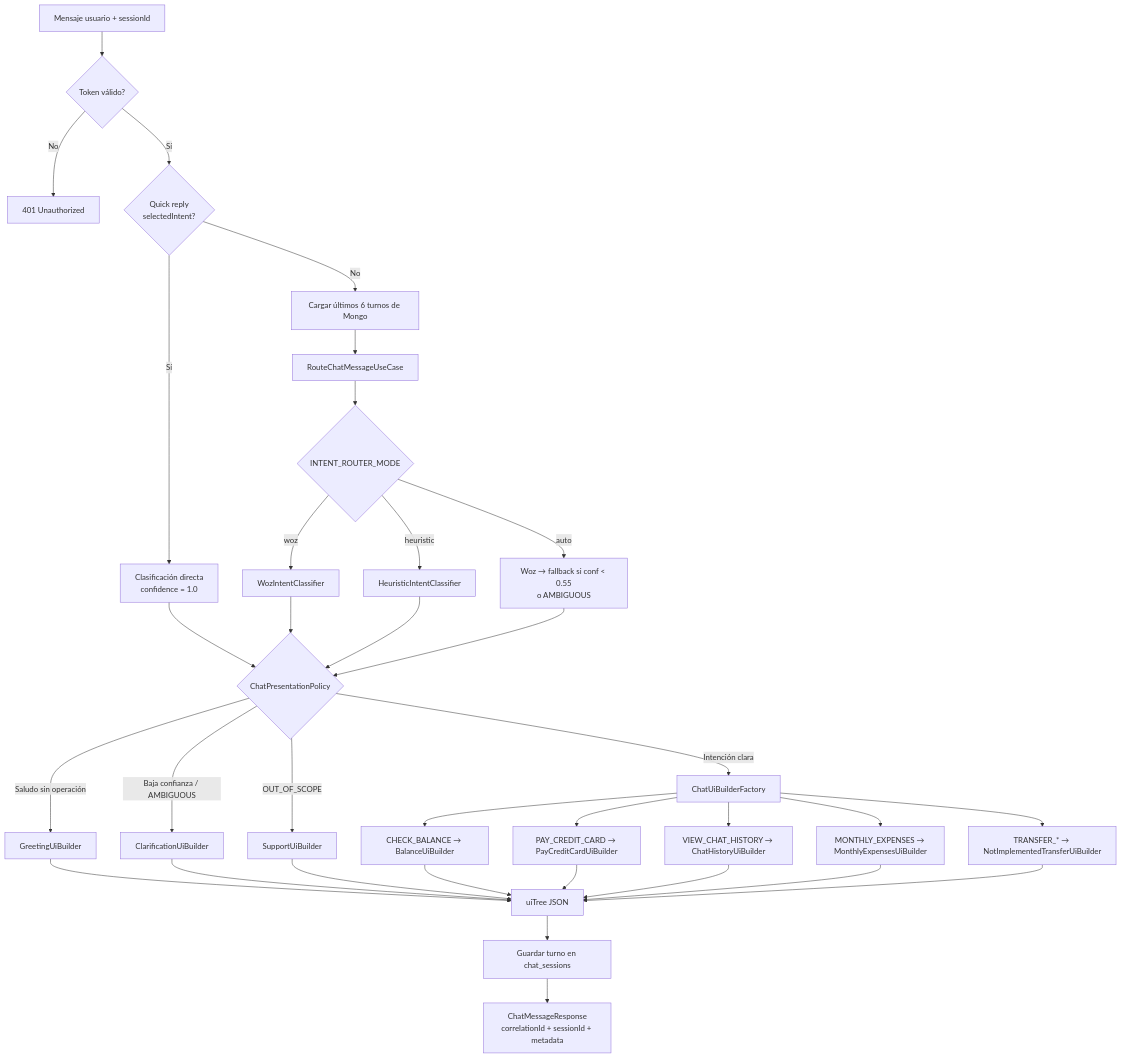
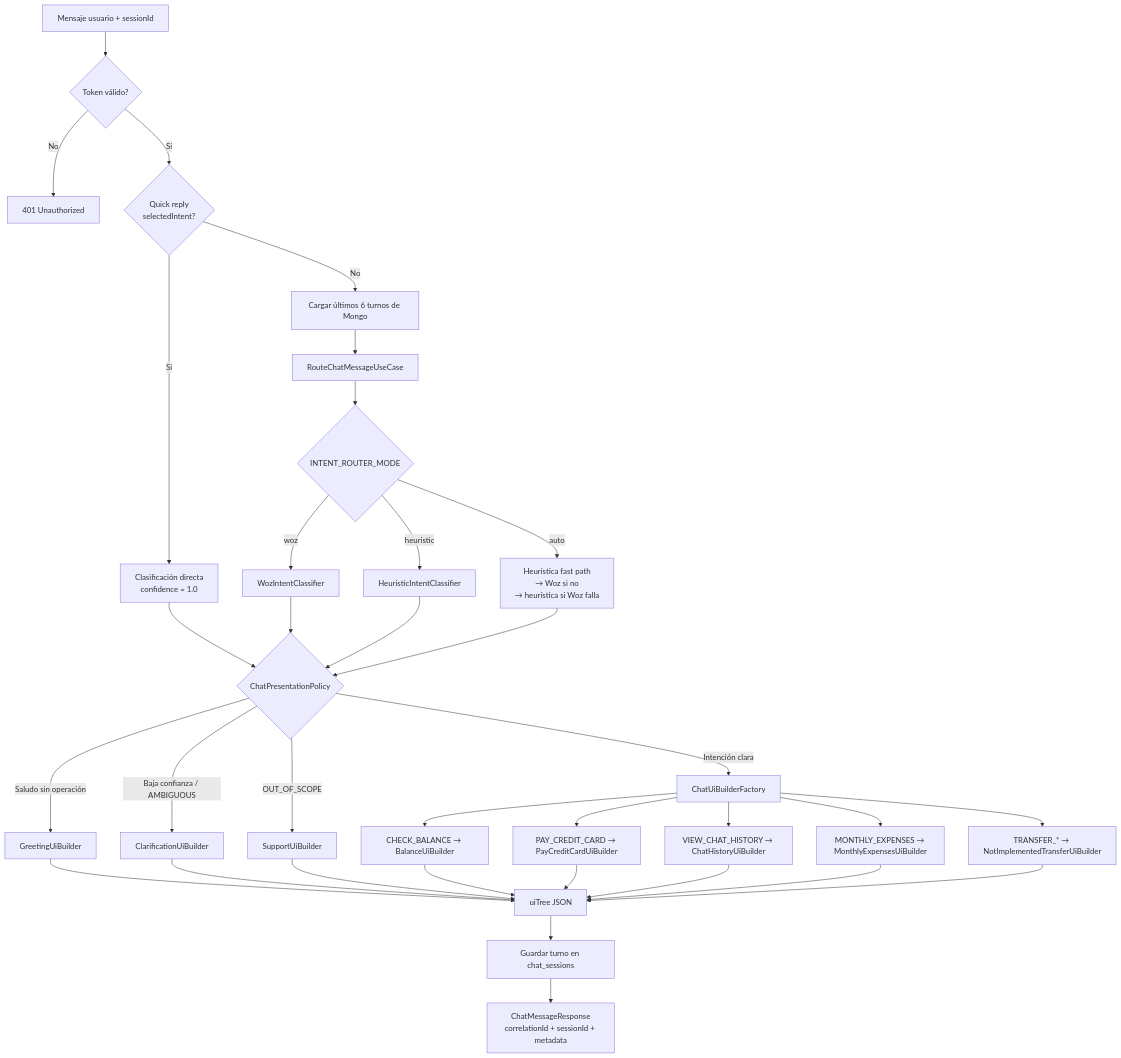
Before and after one commit to RicardoBravoA/chat-ia: the fifth of 6 diagrams in docs/guia-arquitectura-proyecto-y-chat-ia.md, drawn with Mermaid. The commit also changed other lines of this file and 16 other files, not shown here.

````diff
--- a/docs/guia-arquitectura-proyecto-y-chat-ia.md
+++ b/docs/guia-arquitectura-proyecto-y-chat-ia.md
@@ -204,43 +204,43 @@
 ```mermaid
 flowchart TD
     START[Mensaje usuario + sessionId] --> AUTH{Token válido?}
     AUTH -->|No| ERR401[401 Unauthorized]
     AUTH -->|Sí| QR{Quick reply<br/>selectedIntent?}
     QR -->|Sí| SKIP[Clasificación directa<br/>confidence = 1.0]
     QR -->|No| HIST[Cargar últimos 6 turnos de Mongo]
     HIST --> CLASS[RouteChatMessageUseCase]
 
     CLASS --> MODE{INTENT_ROUTER_MODE}
     MODE -->|woz| WOZ_ONLY[WozIntentClassifier]
     MODE -->|heuristic| HEU_ONLY[HeuristicIntentClassifier]
-    MODE -->|auto| WOZ_FB[Woz → fallback si conf < 0.55<br/>o AMBIGUOUS]
+    MODE -->|auto| CASCADE[Heurística fast path<br/>→ Woz si no<br/>→ heurística si Woz falla]
 
     SKIP --> POL
     WOZ_ONLY --> POL
     HEU_ONLY --> POL
-    WOZ_FB --> POL
+    CASCADE --> POL
 
     POL{ChatPresentationPolicy}
     POL -->|Saludo sin operación| GREET[GreetingUiBuilder]
     POL -->|Baja confianza / AMBIGUOUS| CLAR[ClarificationUiBuilder]
     POL -->|OUT_OF_SCOPE| SUP[SupportUiBuilder]
     POL -->|Intención clara| FACT[ChatUiBuilderFactory]
 
     FACT --> BAL[CHECK_BALANCE → BalanceUiBuilder]
     FACT --> PAY[PAY_CREDIT_CARD → PayCreditCardUiBuilder]
     FACT --> HIST2[VIEW_CHAT_HISTORY → ChatHistoryUiBuilder]
     FACT --> EXP[MONTHLY_EXPENSES → MonthlyExpensesUiBuilder]
     FACT --> XFER[TRANSFER_* → NotImplementedTransferUiBuilder]
 
     GREET --> TREE[uiTree JSON]
     CLAR --> TREE
     SUP --> TREE
     BAL --> TREE
     PAY --> TREE
     HIST2 --> TREE
     EXP --> TREE
     XFER --> TREE
 
     TREE --> SAVE[Guardar turno en chat_sessions]
     SAVE --> RESP[ChatMessageResponse<br/>correlationId + sessionId + metadata]
 ```
````
